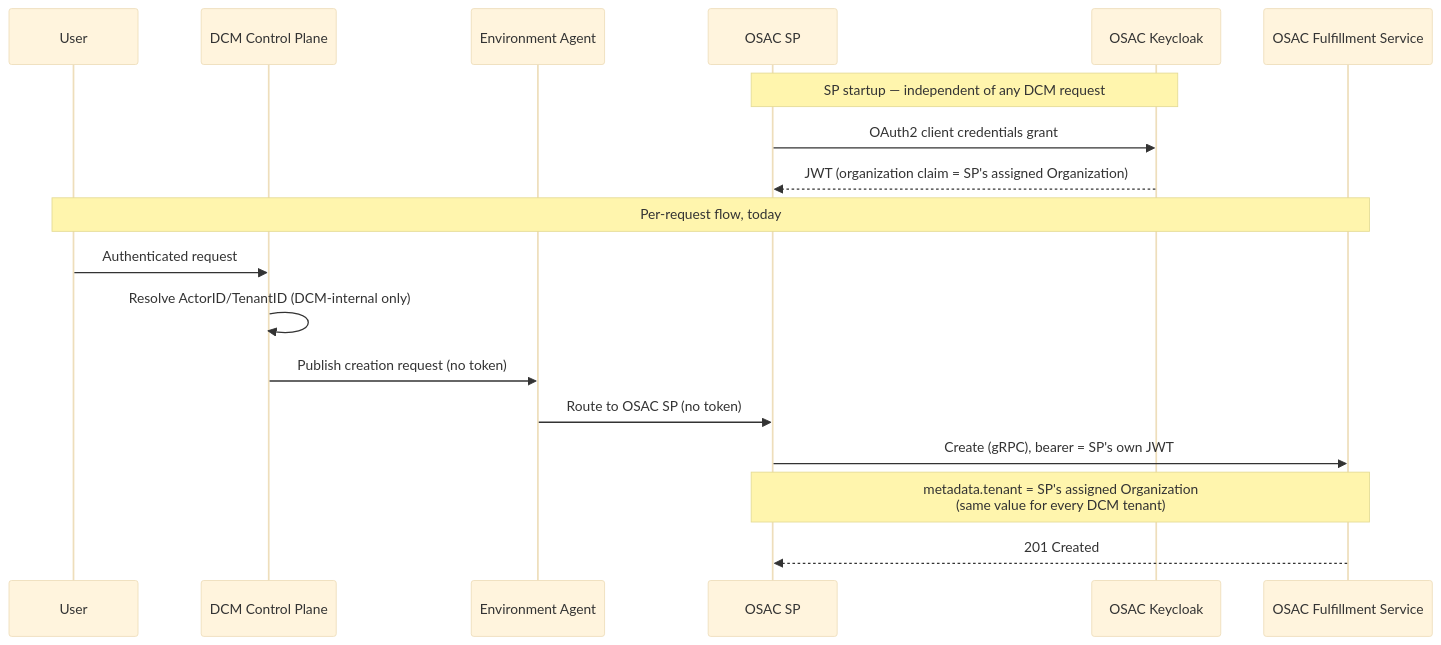
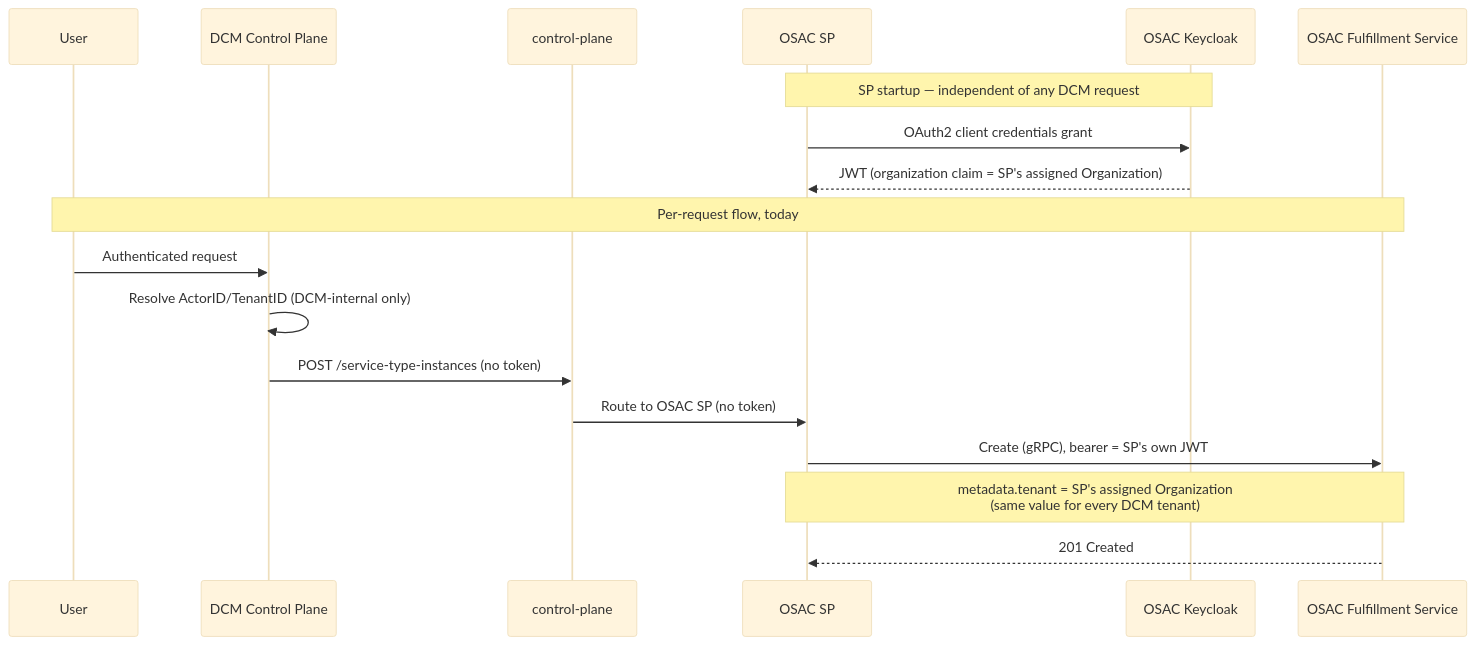
Before and after one commit to dcm-project/enhancements: the first of 7 diagrams in enhancements/osac-sp/osac-sp.md, drawn with Mermaid (base theme). The commit also changed other lines of this file, not shown here.

````diff
--- a/enhancements/osac-sp/osac-sp.md
+++ b/enhancements/osac-sp/osac-sp.md
@@ -139,22 +190,22 @@
 ```mermaid
 sequenceDiagram
     participant User
     participant DCM as DCM Control Plane
-    participant AG as Environment Agent
+    participant CP as control-plane
     participant SP as OSAC SP
     participant KC as OSAC Keycloak
     participant FS as OSAC Fulfillment Service
 
     Note over SP,KC: SP startup — independent of any DCM request
     SP->>KC: OAuth2 client credentials grant
     KC-->>SP: JWT (organization claim = SP's assigned Organization)
 
     Note over User,FS: Per-request flow, today
     User->>DCM: Authenticated request
     DCM->>DCM: Resolve ActorID/TenantID (DCM-internal only)
-    DCM->>AG: Publish creation request (no token)
-    AG->>SP: Route to OSAC SP (no token)
+    DCM->>CP: POST /service-type-instances (no token)
+    CP->>SP: Route to OSAC SP (no token)
     SP->>FS: Create (gRPC), bearer = SP's own JWT
     Note over SP,FS: metadata.tenant = SP's assigned Organization<br/>(same value for every DCM tenant)
     FS-->>SP: 201 Created
 ```
````
